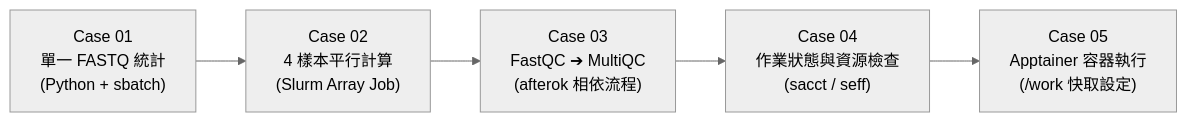
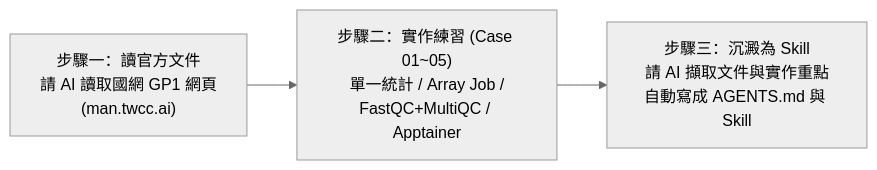
The diagram in 03-basic-slurm-and-qc/README.md (gemini960114/nano4-ngs-slurm-skill), drawn with Mermaid (neutral theme) before and after one commit. The commit also changed other lines of this file and 8 other files, not shown here.

````diff
--- a/03-basic-slurm-and-qc/README.md
+++ b/03-basic-slurm-and-qc/README.md
@@ -7,7 +10,5 @@
 ```mermaid
 flowchart LR
-    C1["Case 01<br>單一 FASTQ 統計<br>(Python + sbatch)"] --> C2["Case 02<br>4 樣本平行計算<br>(Slurm Array Job)"]
-    C2 --> C3["Case 03<br>FastQC ➔ MultiQC<br>(afterok 相依流程)"]
-    C3 --> C4["Case 04<br>作業狀態與資源檢查<br>(sacct / seff)"]
-    C4 --> C5["Case 05<br>Apptainer 容器執行<br>(/work 快取設定)"]
+    S1["步驟一：讀官方文件<br>請 AI 讀取國網 GP1 網頁<br>(man.twcc.ai)"] --> S2["步驟二：實作練習 (Case 01~05)<br>單一統計 / Array Job /<br>FastQC+MultiQC / Apptainer"]
+    S2 --> S3["步驟三：沉澱為 Skill<br>請 AI 擷取文件與實作重點<br>自動寫成 AGENTS.md 與 Skill"]
 ```
````
